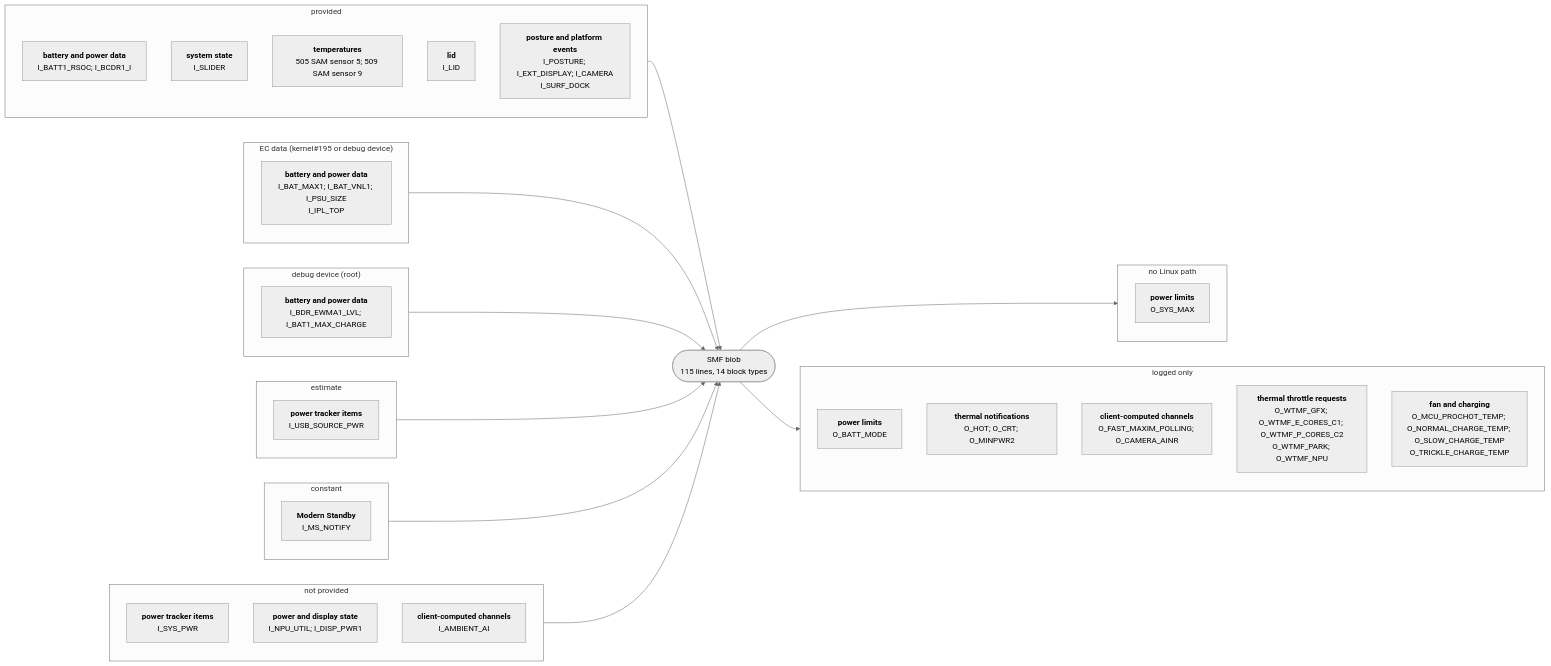
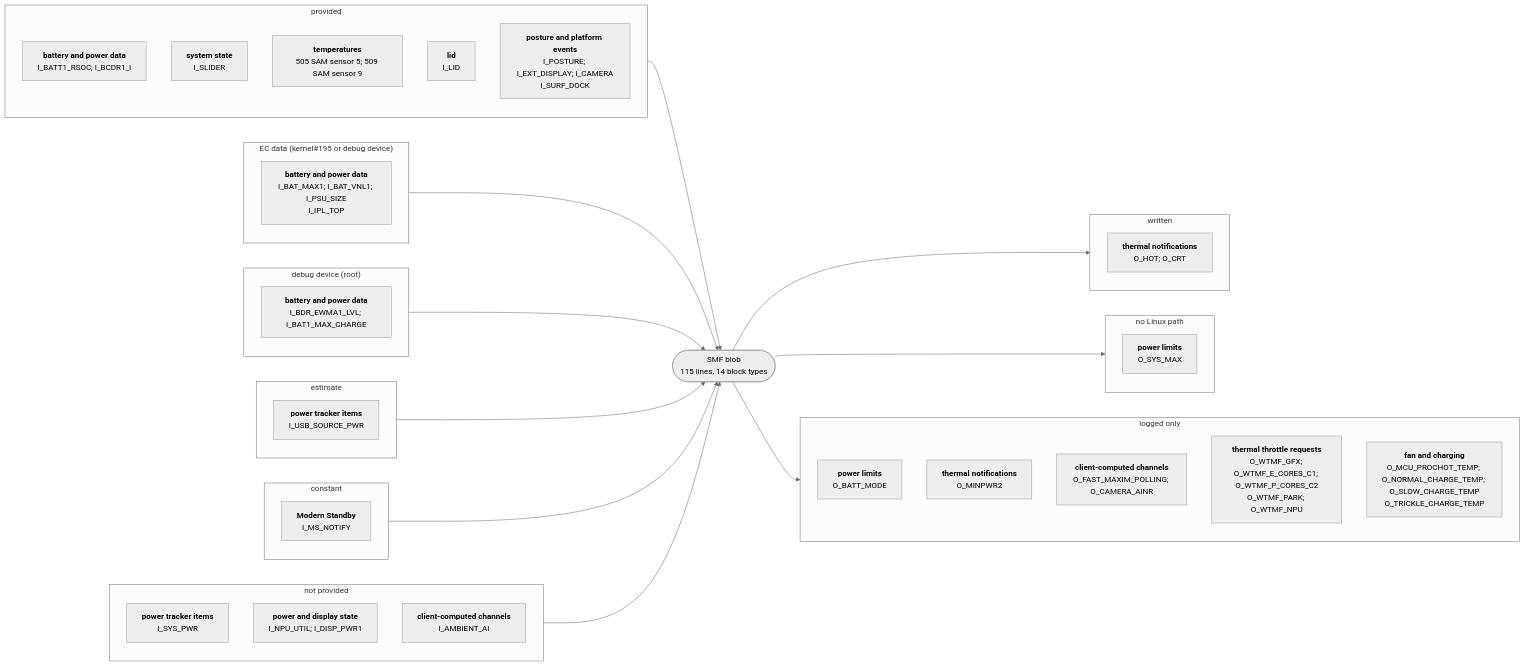
Before and after one commit to larsschellhas/linux-surface-power: the diagram in docs/devices/surface-pro-12-1st-edition.md, drawn with Mermaid (neutral theme). The commit also changed other lines of this file and 53 other files, not shown here.

First line of the commit message:
Write PL3, PL4 and the thermal-policy requests; control only with every output written

````diff
--- a/docs/devices/surface-pro-12-1st-edition.md
+++ b/docs/devices/surface-pro-12-1st-edition.md
@@ -19,46 +19,50 @@
 ```mermaid
 flowchart LR
     subgraph IN0["provided"]
         I0_28B7BD85["<b>battery and power data</b><br/>I_BATT1_RSOC; I_BCDR1_I"]
         I0_2DD6960F["<b>system state</b><br/>I_SLIDER"]
         I0_2E8B14C2["<b>temperatures</b><br/>505 SAM sensor 5; 509 SAM sensor 9"]
         I0_5D0EE597["<b>lid</b><br/>I_LID"]
         I0_8060B17F["<b>posture and platform events</b><br/>I_POSTURE; I_EXT_DISPLAY; I_CAMERA<br/>I_SURF_DOCK"]
     end
     IN0 --> B
     subgraph IN1["EC data (kernel#195 or debug device)"]
         I1_28B7BD85["<b>battery and power data</b><br/>I_BAT_MAX1; I_BAT_VNL1; I_PSU_SIZE<br/>I_IPL_TOP"]
     end
     IN1 --> B
     subgraph IN2["debug device (root)"]
         I2_28B7BD85["<b>battery and power data</b><br/>I_BDR_EWMA1_LVL; I_BAT1_MAX_CHARGE"]
     end
     IN2 --> B
     subgraph IN3["estimate"]
         I3_049E36F2["<b>power tracker items</b><br/>I_USB_SOURCE_PWR"]
     end
     IN3 --> B
     subgraph IN4["constant"]
         I4_DEF1AB69["<b>Modern Standby</b><br/>I_MS_NOTIFY"]
     end
     IN4 --> B
     subgraph IN5["not provided"]
         I5_049E36F2["<b>power tracker items</b><br/>I_SYS_PWR"]
         I5_1FB53D4C["<b>power and display state</b><br/>I_NPU_UTIL; I_DISP_PWR1"]
         I5_87008365["<b>client-computed channels</b><br/>I_AMBIENT_AI"]
     end
     IN5 --> B
     B(["SMF blob<br/>115 lines, 14 block types"])
-    subgraph OUT0["no Linux path"]
-        O0_0B7B5350["<b>power limits</b><br/>O_SYS_MAX"]
+    subgraph OUT0["written"]
+        O0_110DF2A4["<b>thermal notifications</b><br/>O_HOT; O_CRT"]
     end
     B --> OUT0
-    subgraph OUT1["logged only"]
-        O1_0B7B5350["<b>power limits</b><br/>O_BATT_MODE"]
-        O1_110DF2A4["<b>thermal notifications</b><br/>O_HOT; O_CRT; O_MINPWR2"]
-        O1_87008365["<b>client-computed channels</b><br/>O_FAST_MAXIM_POLLING; O_CAMERA_AINR"]
-        O1_9BBB8910["<b>thermal throttle requests</b><br/>O_WTMF_GFX; O_WTMF_E_CORES_C1; O_WTMF_P_CORES_C2<br/>O_WTMF_PARK; O_WTMF_NPU"]
-        O1_B620798F["<b>fan and charging</b><br/>O_MCU_PROCHOT_TEMP; O_NORMAL_CHARGE_TEMP; O_SLOW_CHARGE_TEMP<br/>O_TRICKLE_CHARGE_TEMP"]
+    subgraph OUT1["no Linux path"]
+        O1_0B7B5350["<b>power limits</b><br/>O_SYS_MAX"]
     end
     B --> OUT1
+    subgraph OUT2["logged only"]
+        O2_0B7B5350["<b>power limits</b><br/>O_BATT_MODE"]
+        O2_110DF2A4["<b>thermal notifications</b><br/>O_MINPWR2"]
+        O2_87008365["<b>client-computed channels</b><br/>O_FAST_MAXIM_POLLING; O_CAMERA_AINR"]
+        O2_9BBB8910["<b>thermal throttle requests</b><br/>O_WTMF_GFX; O_WTMF_E_CORES_C1; O_WTMF_P_CORES_C2<br/>O_WTMF_PARK; O_WTMF_NPU"]
+        O2_B620798F["<b>fan and charging</b><br/>O_MCU_PROCHOT_TEMP; O_NORMAL_CHARGE_TEMP; O_SLOW_CHARGE_TEMP<br/>O_TRICKLE_CHARGE_TEMP"]
+    end
+    B --> OUT2
 ```
````
